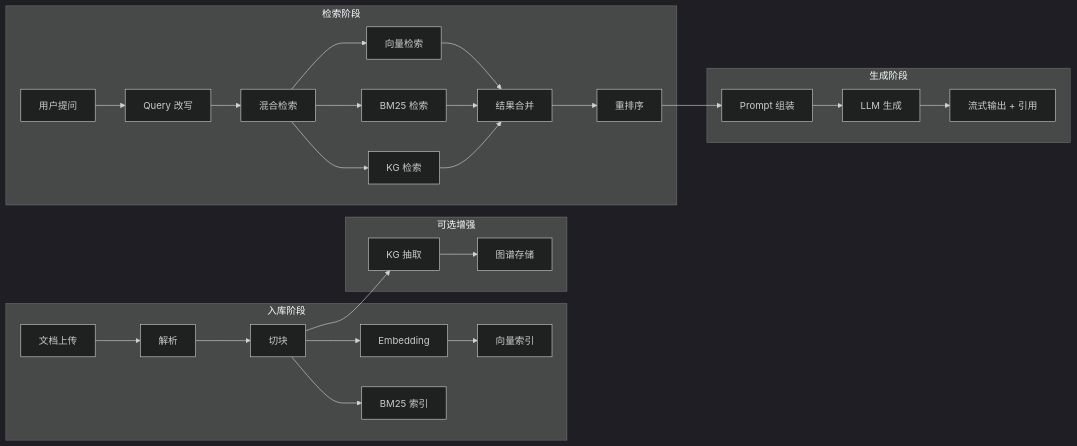
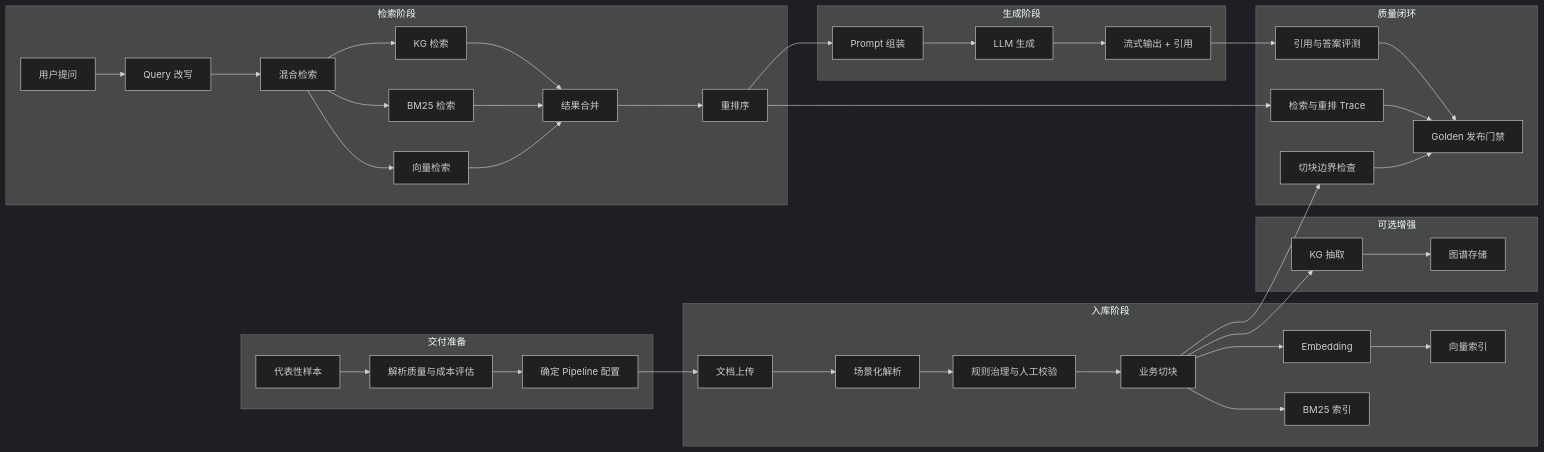
The first of 4 diagrams in docs-site/docs/integration/more/rag-flow.md (skygazer42/MimirQ), drawn with Mermaid (dark theme) before and after one commit. The commit also changed other lines of this file and 6 other files, not shown here.

````diff
--- a/docs-site/docs/integration/more/rag-flow.md
+++ b/docs-site/docs/integration/more/rag-flow.md
@@ -12,33 +19,49 @@
 ```mermaid
 flowchart LR
+    subgraph 交付准备
+        A0[代表性样本] --> A1[解析质量与成本评估]
+        A1 --> A2[确定 Pipeline 配置]
+    end
+
     subgraph 入库阶段
-        A[文档上传] --> B[解析]
-        B --> C[切块]
+        A2 --> A[文档上传]
+        A --> B[场景化解析]
+        B --> B1[规则治理与人工校验]
+        B1 --> C[业务切块]
         C --> D[Embedding]
         D --> E[向量索引]
         C --> F[BM25 索引]
     end
 
     subgraph 可选增强
         C --> G[KG 抽取]
         G --> H[图谱存储]
     end
 
     subgraph 检索阶段
         I[用户提问] --> J[Query 改写]
         J --> K[混合检索]
         K --> L[向量检索]
         K --> M[BM25 检索]
         K --> N[KG 检索]
         L --> O[结果合并]
         M --> O
         N --> O
         O --> P[重排序]
     end
 
     subgraph 生成阶段
         P --> Q[Prompt 组装]
         Q --> R[LLM 生成]
         R --> S[流式输出 + 引用]
     end
+
+    subgraph 质量闭环
+        C --> T[切块边界检查]
+        P --> U[检索与重排 Trace]
+        S --> V[引用与答案评测]
+        T --> W[Golden 发布门禁]
+        U --> W
+        V --> W
+    end
 ```
````
